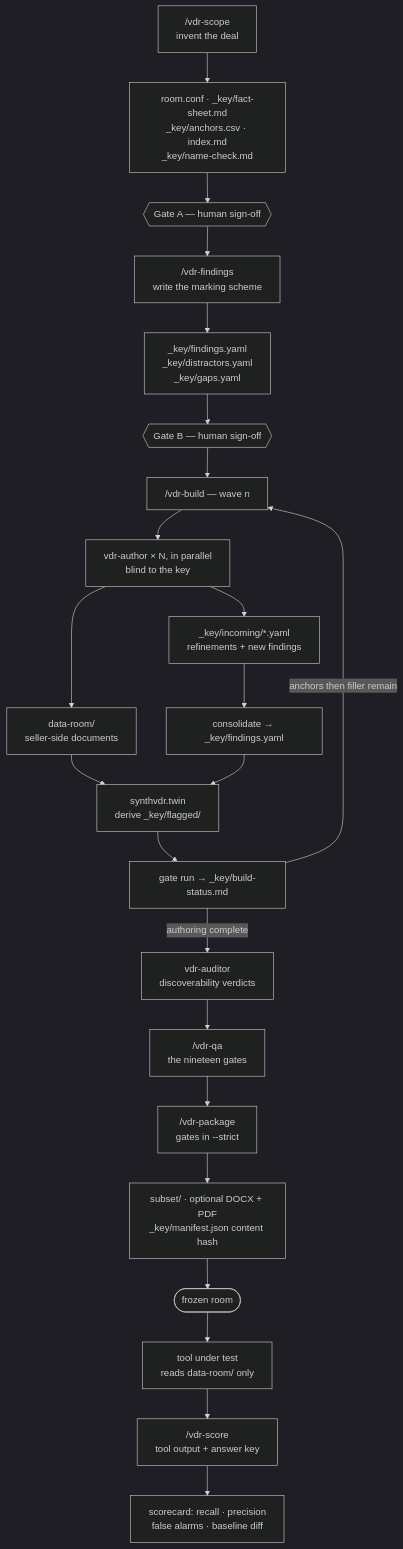
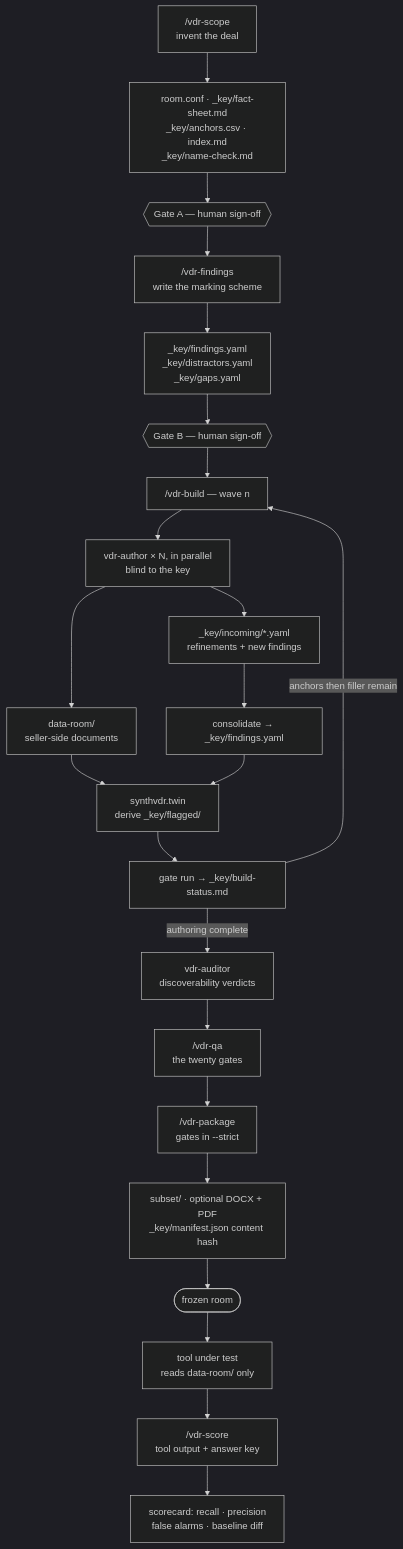
Before and after one commit to gblegal/gb_synth_vdr: the diagram in ARCHITECTURE.md, drawn with Mermaid (dark theme). The commit also changed other lines of this file and 10 other files, not shown here.

````diff
--- a/ARCHITECTURE.md
+++ b/ARCHITECTURE.md
@@ -87,25 +87,25 @@
 ```mermaid
 flowchart TB
     S["/vdr-scope<br/>invent the deal"] --> SA["room.conf · _key/fact-sheet.md<br/>_key/anchors.csv · index.md<br/>_key/name-check.md"]
     SA --> GA{{"Gate A — human sign-off"}}
     GA --> F["/vdr-findings<br/>write the marking scheme"]
     F --> FA["_key/findings.yaml<br/>_key/distractors.yaml<br/>_key/gaps.yaml"]
     FA --> GB{{"Gate B — human sign-off"}}
     GB --> W["/vdr-build — wave n"]
     W --> A["vdr-author × N, in parallel<br/>blind to the key"]
     A --> D["data-room/<br/>seller-side documents"]
     A --> I["_key/incoming/*.yaml<br/>refinements + new findings"]
     I --> C["consolidate → _key/findings.yaml"]
     D --> TW["synthvdr.twin<br/>derive _key/flagged/"]
     C --> TW
     TW --> G["gate run → _key/build-status.md"]
     G -->|"anchors then filler remain"| W
     G -->|"authoring complete"| AU["vdr-auditor<br/>discoverability verdicts"]
-    AU --> Q["/vdr-qa<br/>the nineteen gates"]
+    AU --> Q["/vdr-qa<br/>the twenty gates"]
     Q --> P["/vdr-package<br/>gates in --strict"]
     P --> SUB["subset/ · optional DOCX + PDF<br/>_key/manifest.json content hash"]
     SUB --> R(["frozen room"])
     R --> TU["tool under test<br/>reads data-room/ only"]
     TU --> SCO["/vdr-score<br/>tool output + answer key"]
     SCO --> CARD["scorecard: recall · precision<br/>false alarms · baseline diff"]
 ```
````
